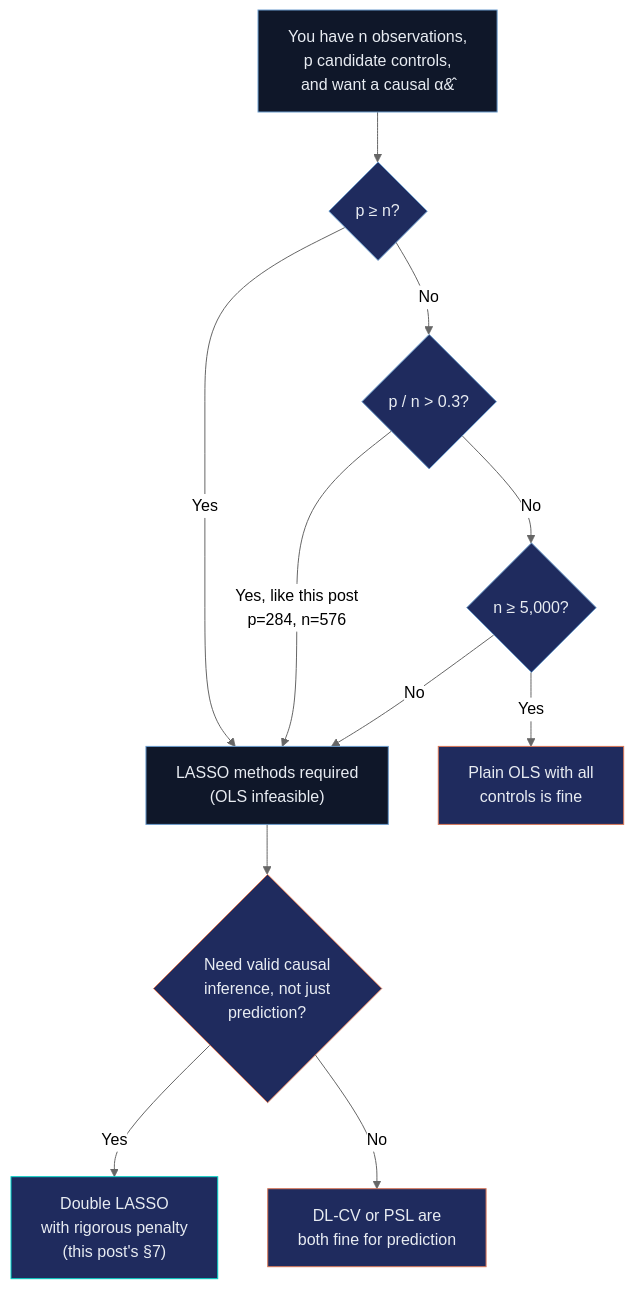
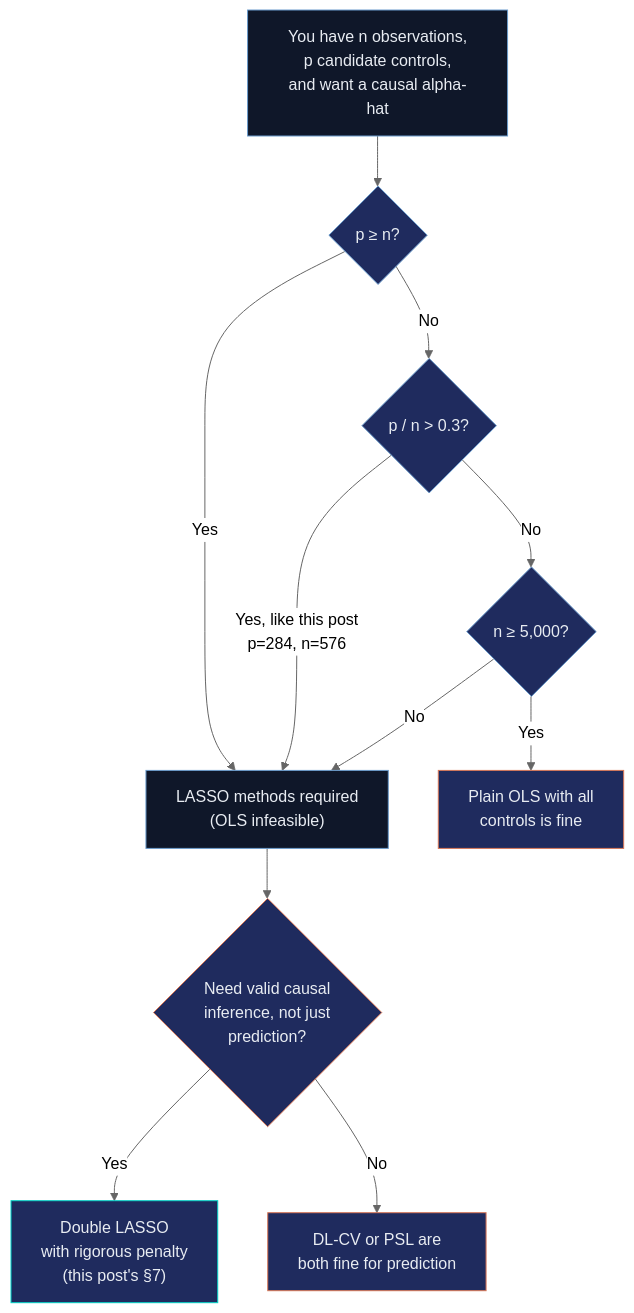
Before and after one commit to cmg777/starter-academic-v501: the second of 2 diagrams in content/post/r_double_lasso/index.md, drawn with Mermaid (neutral theme). The commit also changed other lines of this file and 7 other files, not shown here.

First line of the commit message:
double_lasso: fix broken Mermaid diacritics + Stata figure spacing

````diff
--- a/content/post/r_double_lasso/index.md
+++ b/content/post/r_double_lasso/index.md
@@ -563,22 +563,22 @@
 ```mermaid
 flowchart TD
-    Start["You have n observations,<br/>p candidate controls,<br/>and want a causal &alpha;&#770;"] --> Q1{"p &ge; n?"}
+    Start["You have n observations,<br/>p candidate controls,<br/>and want a causal alpha-hat"] --> Q1{"p &ge; n?"}
     Q1 -->|Yes| L["LASSO methods required<br/>(OLS infeasible)"]
     Q1 -->|No| Q2{"p / n &gt; 0.3?"}
     Q2 -->|Yes, like this post<br/>p=284, n=576| L
     Q2 -->|No| Q3{"n &ge; 5,000?"}
     Q3 -->|Yes| O["Plain OLS with all<br/>controls is fine"]
     Q3 -->|No| L
     L --> Q4{"Need valid causal<br/>inference, not just<br/>prediction?"}
     Q4 -->|Yes| DL["Double LASSO<br/>with rigorous penalty<br/>(this post's &sect;7)"]
     Q4 -->|No| Pred["DL-CV or PSL are<br/>both fine for prediction"]
     style Start fill:#0f1729,stroke:#6a9bcc,color:#e8ecf2
     style DL fill:#1f2b5e,stroke:#00d4c8,color:#e8ecf2
     style Pred fill:#1f2b5e,stroke:#d97757,color:#e8ecf2
     style O fill:#1f2b5e,stroke:#d97757,color:#e8ecf2
     style L fill:#0f1729,stroke:#6a9bcc,color:#e8ecf2
     style Q1 fill:#1f2b5e,stroke:#6a9bcc,color:#e8ecf2
     style Q2 fill:#1f2b5e,stroke:#6a9bcc,color:#e8ecf2
     style Q3 fill:#1f2b5e,stroke:#6a9bcc,color:#e8ecf2
     style Q4 fill:#1f2b5e,stroke:#d97757,color:#e8ecf2
 ```
````
